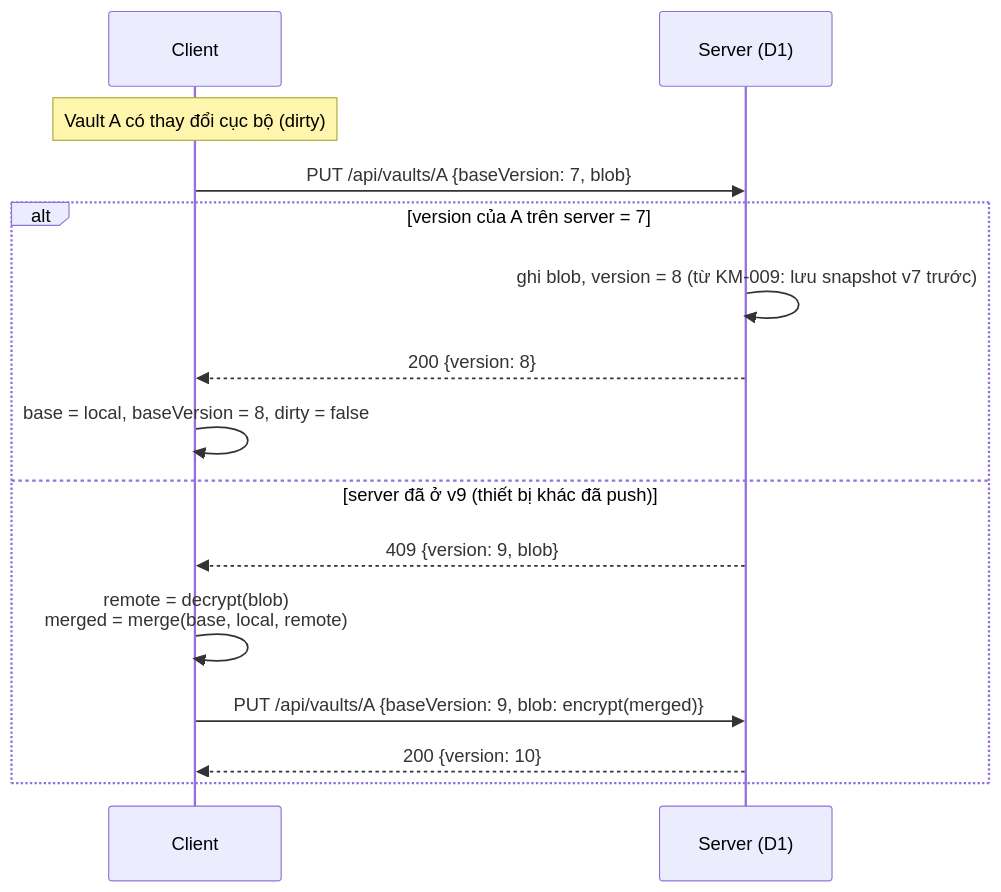
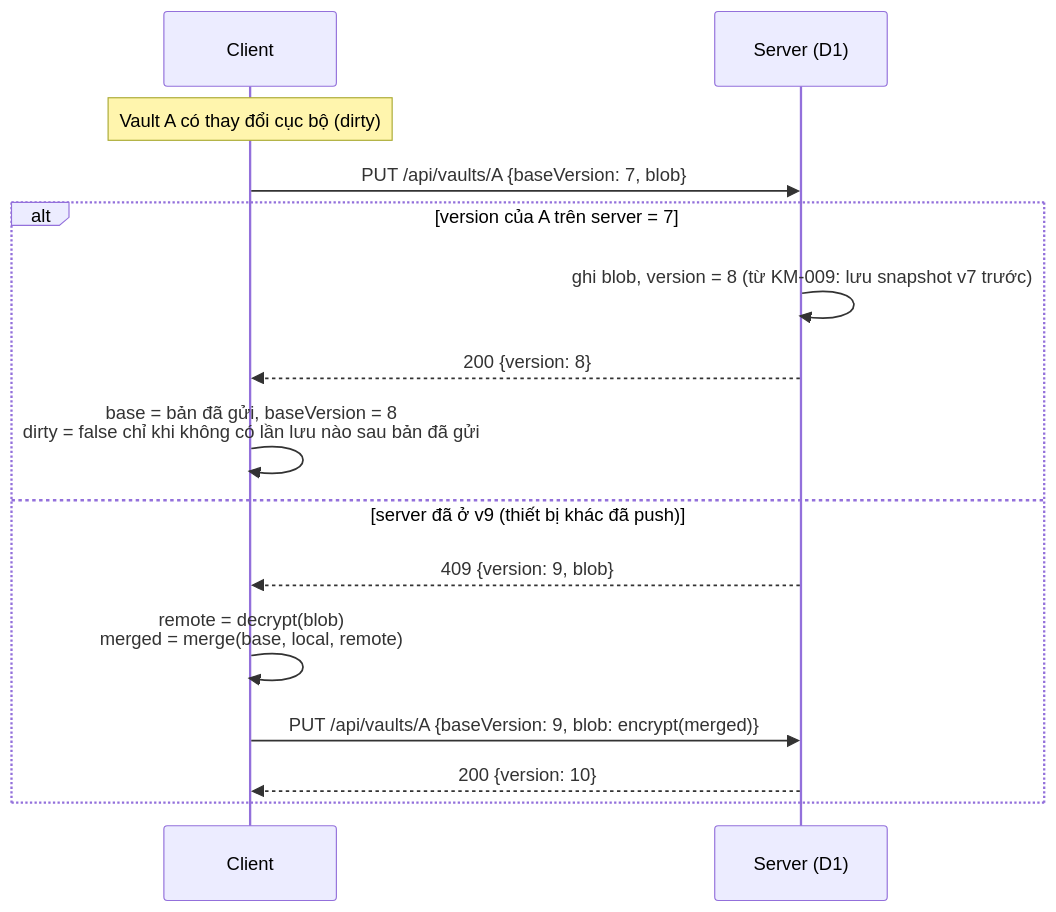
Before and after one commit to delete101020/keymesh: the diagram in docs/05-sync.md, drawn with Mermaid. The commit also changed other lines of this file and 22 other files, not shown here.

````diff
--- a/docs/05-sync.md
+++ b/docs/05-sync.md
@@ -24,17 +24,17 @@
 ```mermaid
 sequenceDiagram
   participant C as Client
   participant S as Server (D1)
   Note over C: Vault A có thay đổi cục bộ (dirty)
   C->>S: PUT /api/vaults/A {baseVersion: 7, blob}
   alt version của A trên server = 7
     S->>S: ghi blob, version = 8 (từ KM-009: lưu snapshot v7 trước)
     S-->>C: 200 {version: 8}
-    C->>C: base = local, baseVersion = 8, dirty = false
+    C->>C: base = bản đã gửi, baseVersion = 8<br/>dirty = false chỉ khi không có lần lưu nào sau bản đã gửi
   else server đã ở v9 (thiết bị khác đã push)
     S-->>C: 409 {version: 9, blob}
     C->>C: remote = decrypt(blob)<br/>merged = merge(base, local, remote)
     C->>S: PUT /api/vaults/A {baseVersion: 9, blob: encrypt(merged)}
     S-->>C: 200 {version: 10}
   end
 ```
````
